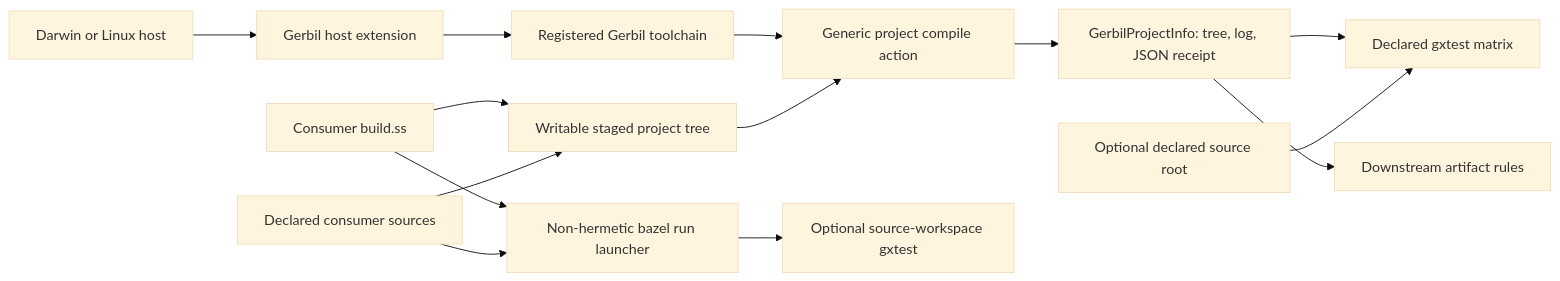
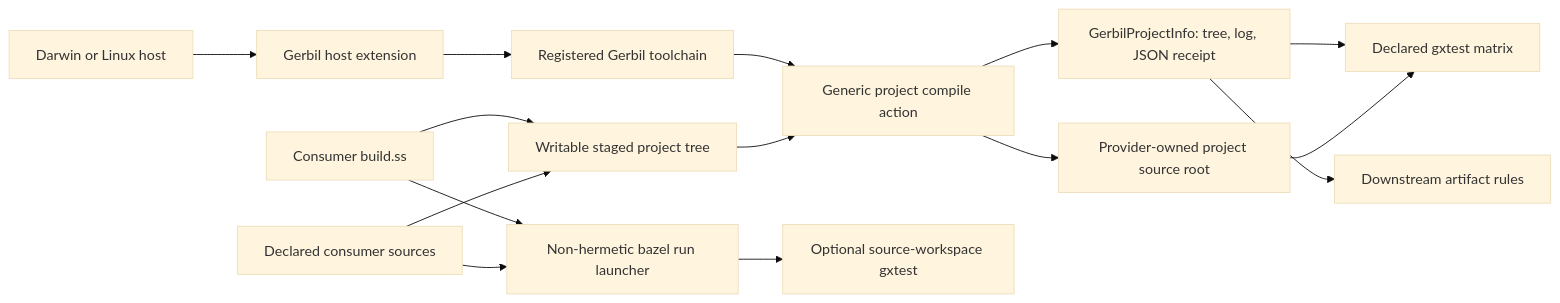
Before and after one commit to tao3k/gerbil-bazel: the diagram in docs/rfc/0001-public-api.org, drawn with Mermaid (base theme). The commit also changed other lines of this file and 4 other files, not shown here.

Commit message:
derive Gerbil test source roots from project providers

```diff
--- a/docs/rfc/0001-public-api.org
+++ b/docs/rfc/0001-public-api.org
@@ -13,16 +13,17 @@
 #+begin_src mermaid
 flowchart LR
   Host[Darwin or Linux host] --> Discovery[Gerbil host extension]
   Discovery --> Toolchain[Registered Gerbil toolchain]
   BuildSS[Consumer build.ss] --> Stage[Writable staged project tree]
   Sources[Declared consumer sources] --> Stage
   Toolchain --> Compile[Generic project compile action]
   Stage --> Compile
   BuildSS --> Dev[Non-hermetic bazel run launcher]
   Sources --> Dev
   Dev --> DevTests[Optional source-workspace gxtest]
   Compile --> Project[GerbilProjectInfo: tree, log, JSON receipt]
   Project --> Tests[Declared gxtest matrix]
-  SourceRoot[Optional declared source root] --> Tests
+  Compile --> SourceRoot[Provider-owned project source root]
+  SourceRoot --> Tests
   Project --> Consumers[Downstream artifact rules]
 #+end_src
```
